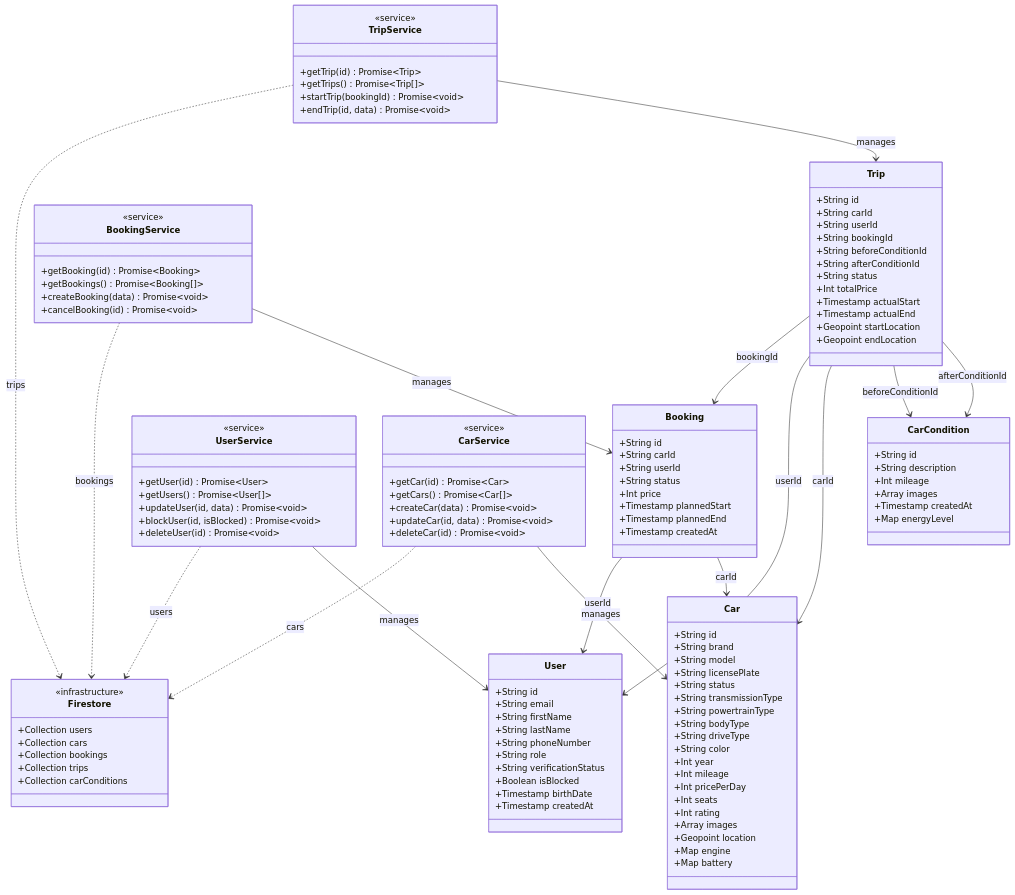
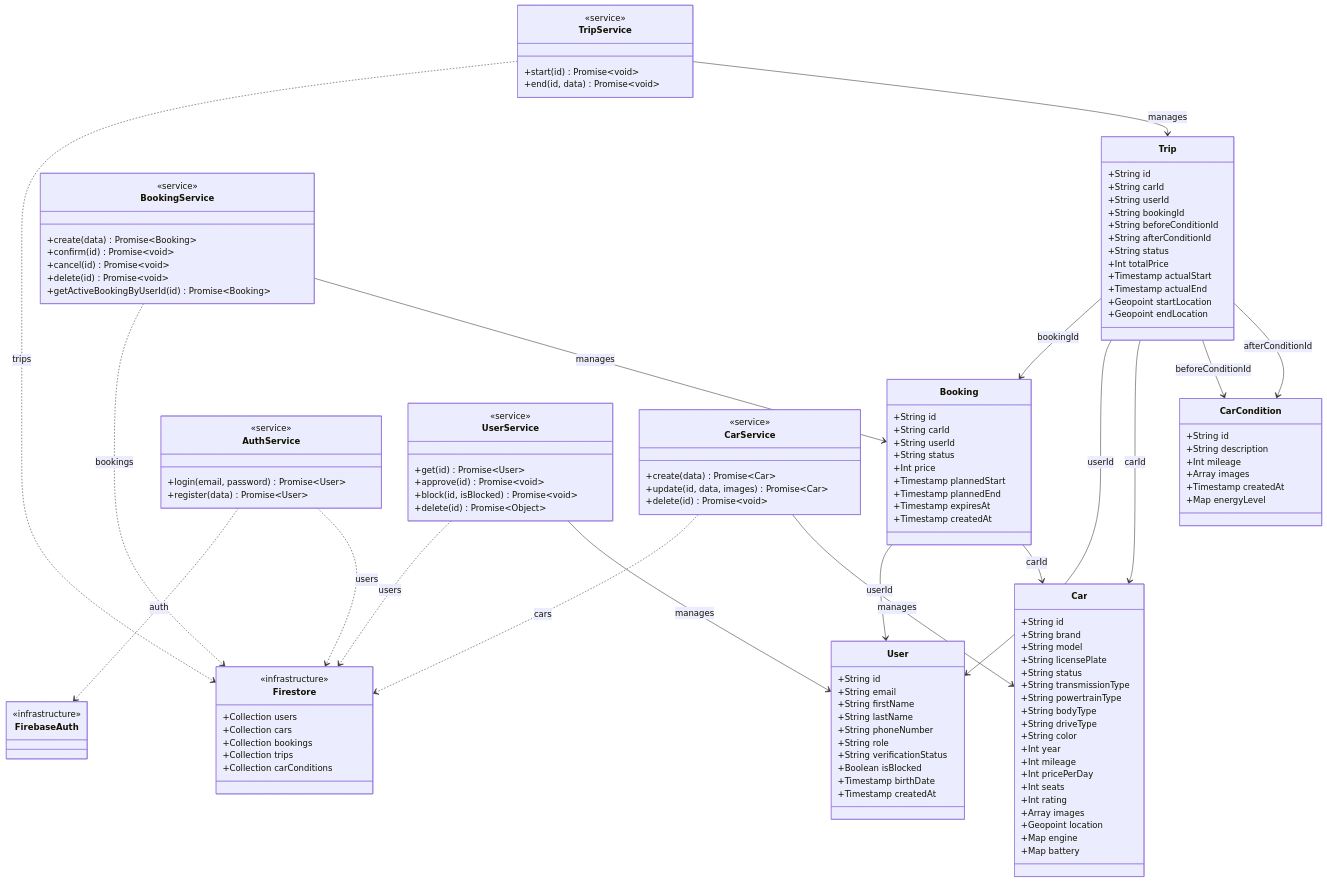
Before and after one commit to rostyslavcheremys/carsharing-admin-panel: the diagram in src/diagrams/dataModelClassDiagram.mmd, drawn with Mermaid.

Commit message:
feat: add expiresAt timestamp and refactor service methods in data model

```diff
--- a/src/diagrams/dataModelClassDiagram.mmd
+++ b/src/diagrams/dataModelClassDiagram.mmd
@@ -1,133 +1,143 @@
 classDiagram
     direction TB
 
     class User {
         +String id
         +String email
         +String firstName
         +String lastName
         +String phoneNumber
         +String role
         +String verificationStatus
         +Boolean isBlocked
         +Timestamp birthDate
         +Timestamp createdAt
     }
 
     class Car {
         +String id
         +String brand
         +String model
         +String licensePlate
         +String status
         +String transmissionType
         +String powertrainType
         +String bodyType
         +String driveType
         +String color
         +Int year
         +Int mileage
         +Int pricePerDay
         +Int seats
         +Int rating
         +Array images
         +Geopoint location
         +Map engine
         +Map battery
     }
 
     class Booking {
         +String id
         +String carId
         +String userId
         +String status
         +Int price
         +Timestamp plannedStart
         +Timestamp plannedEnd
+        +Timestamp expiresAt
         +Timestamp createdAt
     }
 
     class Trip {
         +String id
         +String carId
         +String userId
         +String bookingId
         +String beforeConditionId
         +String afterConditionId
         +String status
         +Int totalPrice
         +Timestamp actualStart
         +Timestamp actualEnd
         +Geopoint startLocation
         +Geopoint endLocation
     }
 
     class CarCondition {
         +String id
         +String description
         +Int mileage
         +Array images
         +Timestamp createdAt
         +Map energyLevel
     }
 
+    class AuthService {
+        <<service>>
+        +login(email, password) Promise~User~
+        +register(data) Promise~User~
+    }
+
     class UserService {
         <<service>>
-        +getUser(id) Promise~User~
-        +getUsers() Promise~User[]~
-        +updateUser(id, data) Promise~void~
-        +blockUser(id, isBlocked) Promise~void~
-        +deleteUser(id) Promise~void~
+        +get(id) Promise~User~
+        +approve(id) Promise~void~
+        +block(id, isBlocked) Promise~void~
+        +delete(id) Promise~Object~
     }
 
     class CarService {
         <<service>>
-        +getCar(id) Promise~Car~
-        +getCars() Promise~Car[]~
-        +createCar(data) Promise~void~
-        +updateCar(id, data) Promise~void~
-        +deleteCar(id) Promise~void~
+        +create(data) Promise~Car~
+        +update(id, data, images) Promise~Car~
+        +delete(id) Promise~void~
     }
 
     class BookingService {
         <<service>>
-        +getBooking(id) Promise~Booking~
-        +getBookings() Promise~Booking[]~
-        +createBooking(data) Promise~void~
-        +cancelBooking(id) Promise~void~
+        +create(data) Promise~Booking~
+        +confirm(id) Promise~void~
+        +cancel(id) Promise~void~
+        +delete(id) Promise~void~
+        +getActiveBookingByUserId(id) Promise~Booking~
     }
 
     class TripService {
         <<service>>
-        +getTrip(id) Promise~Trip~
-        +getTrips() Promise~Trip[]~
-        +startTrip(bookingId) Promise~void~
-        +endTrip(id, data) Promise~void~
+        +start(id) Promise~void~
+        +end(id, data) Promise~void~
     }
 
     class Firestore {
         <<infrastructure>>
         +Collection users
         +Collection cars
         +Collection bookings
         +Collection trips
         +Collection carConditions
     }
+
+    class FirebaseAuth {
+        <<infrastructure>>
+    }
+
+    AuthService ..> FirebaseAuth : auth
+    AuthService ..> Firestore : users
 
     UserService ..> Firestore : users
     CarService ..> Firestore : cars
     BookingService ..> Firestore : bookings
     TripService ..> Firestore : trips
 
     UserService --> User : manages
     CarService --> Car : manages
     BookingService --> Booking : manages
     TripService --> Trip : manages
 
     Booking --> User : userId
     Booking --> Car : carId
     Trip --> Booking : bookingId
     Trip --> User : userId
     Trip --> Car : carId
     Trip --> CarCondition : beforeConditionId
     Trip --> CarCondition : afterConditionId
```
